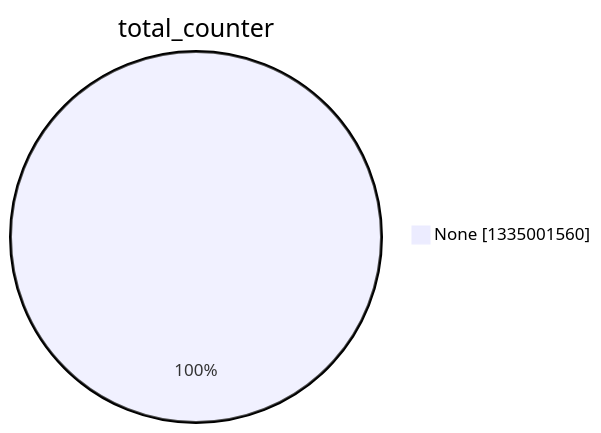
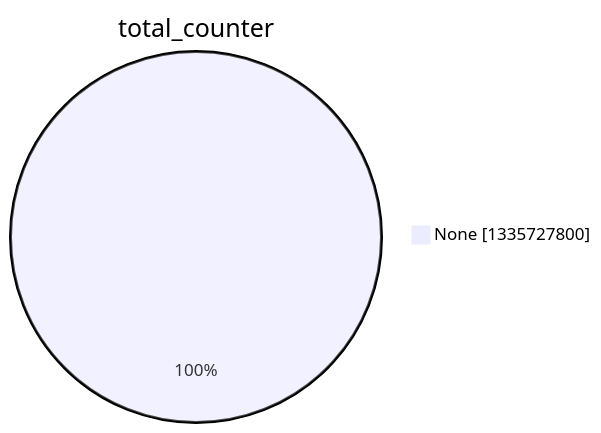
One commit to christiankrug/ctmonitor_visualization changed the second of 15 diagrams in argon2022/README.md. Above: the diagram before and after it, drawn with Mermaid. The commit also changed other lines of this file, not shown here.

````diff
--- a/argon2022/README.md
+++ b/argon2022/README.md
@@ -9,5 +9,5 @@
 ```mermaid
 pie showData
 title total_counter
-"None" :1335001560
+"None" :1335727800
 ```
````
